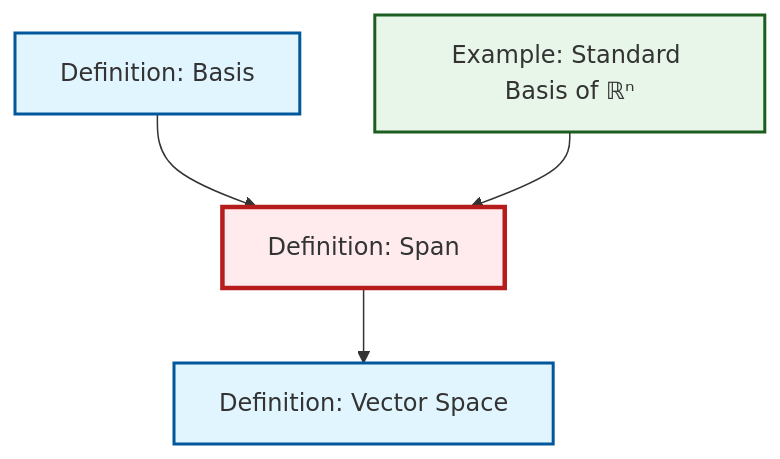
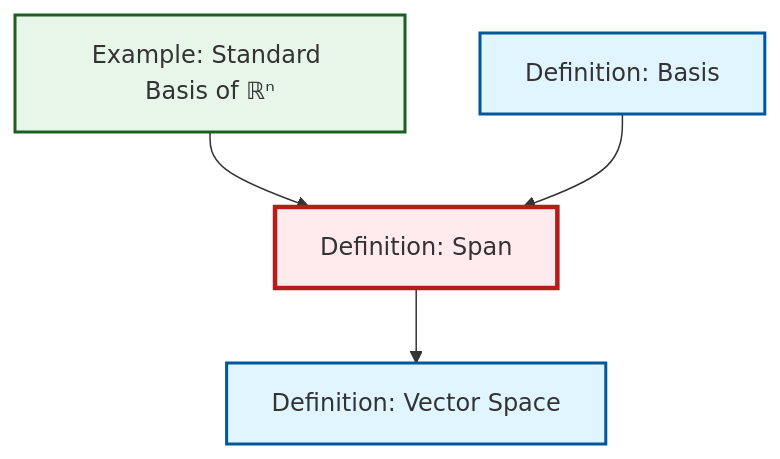
One commit to RK0429/ModernMath changed the diagram in content/ja/algebra/def-span.qmd. Above: the diagram before and after it, drawn with Mermaid. The commit also changed other lines of this file and 597 other files, not shown here.

````diff
--- a/content/ja/algebra/def-span.qmd
+++ b/content/ja/algebra/def-span.qmd
@@ -48,20 +48,20 @@
 ```{mermaid}
 %%| fig-cap: "Local dependency graph"
 graph TD
     classDef definition fill:#e1f5fe,stroke:#01579b,stroke-width:2px
     classDef theorem fill:#f3e5f5,stroke:#4a148c,stroke-width:2px
     classDef axiom fill:#fff3e0,stroke:#e65100,stroke-width:2px
     classDef example fill:#e8f5e9,stroke:#1b5e20,stroke-width:2px
     classDef current fill:#ffebee,stroke:#b71c1c,stroke-width:3px
-    def-vector-space["Definition: Vector Space"]:::definition
-    def-span["Definition: Span"]:::definition
     ex-standard-basis-rn["Example: Standard Basis of ℝⁿ"]:::example
     def-basis["Definition: Basis"]:::definition
+    def-span["Definition: Span"]:::definition
+    def-vector-space["Definition: Vector Space"]:::definition
+    ex-standard-basis-rn --> def-span
+    def-basis --> def-span
     def-span --> def-vector-space
-    def-basis --> def-span
-    ex-standard-basis-rn --> def-span
     class def-span current
-    click def-vector-space "def-vector-space.html" "Definition: Vector Spaceへ"
     click ex-standard-basis-rn "ex-standard-basis-rn.html" "Example: Standard Basis of ℝⁿへ"
     click def-basis "def-basis.html" "Definition: Basisへ"
+    click def-vector-space "def-vector-space.html" "Definition: Vector Spaceへ"
 ```
````
